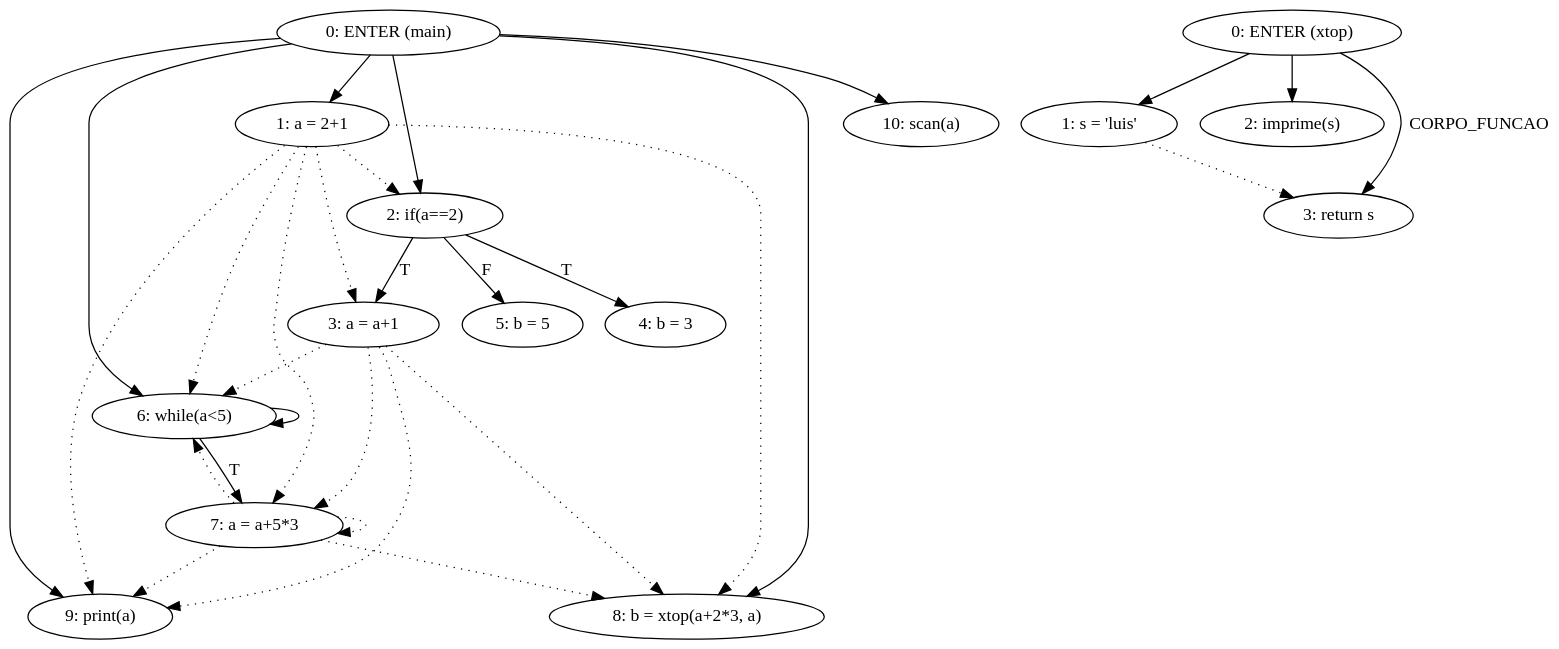
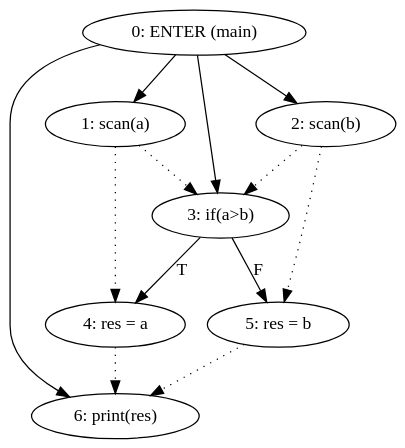
The diagram in Final/Cmb/WebSite/Gramatica/output/pdg.gv (MiguelCosta/ATS), drawn with Graphviz before and after one commit. The commit also changed 18 other files, not shown here.

```diff
--- a/Final/Cmb/WebSite/Gramatica/output/pdg.gv
+++ b/Final/Cmb/WebSite/Gramatica/output/pdg.gv
@@ -1,55 +1,26 @@
 digraph mainmapPDG {
 graph [bgcolor=transparent];
 "0:ENTER (main)"[label="0: ENTER (main)"];
-"1:a = 2+1"[label="1: a = 2+1"];
-"2:if(a==2)"[label="2: if(a==2)"];
-"3:a = a+1"[label="3: a = a+1"];
-"4:b = 3"[label="4: b = 3"];
-"5:b = 5"[label="5: b = 5"];
-"6:while(a<5)"[label="6: while(a<5)"];
-"7:a = a+5*3"[label="7: a = a+5*3"];
-"8:b = xtop(a+2*3, a)"[label="8: b = xtop(a+2*3, a)"];
-"9:print(a)"[label="9: print(a)"];
-"10:scan(a)"[label="10: scan(a)"];
+"1:scan(a)"[label="1: scan(a)"];
+"2:scan(b)"[label="2: scan(b)"];
+"3:if(a>b)"[label="3: if(a>b)"];
+"4:res = a"[label="4: res = a"];
+"5:res = b"[label="5: res = b"];
+"6:print(res)"[label="6: print(res)"];
 
 
-"0:ENTER (main)" -> "1:a = 2+1";
-	"0:ENTER (main)" -> "2:if(a==2)";
-	"0:ENTER (main)" -> "6:while(a<5)";
-	"0:ENTER (main)" -> "8:b = xtop(a+2*3, a)";
-	"0:ENTER (main)" -> "9:print(a)";
-	"0:ENTER (main)" -> "10:scan(a)";
-	"2:if(a==2)" -> "3:a = a+1"[label="T"];
-	"2:if(a==2)" -> "4:b = 3"[label="T"];
-	"2:if(a==2)" -> "5:b = 5"[label="F"];
-	"6:while(a<5)" -> "6:while(a<5)";
-	"6:while(a<5)" -> "7:a = a+5*3"[label="T"];
+"0:ENTER (main)" -> "1:scan(a)";
+	"0:ENTER (main)" -> "2:scan(b)";
+	"0:ENTER (main)" -> "3:if(a>b)";
+	"0:ENTER (main)" -> "6:print(res)";
+	"3:if(a>b)" -> "4:res = a"[label="T"];
+	"3:if(a>b)" -> "5:res = b"[label="F"];
 	
 
-"1:a = 2+1" -> "2:if(a==2)" [style=dotted];
-	"1:a = 2+1" -> "3:a = a+1" [style=dotted];
-	"1:a = 2+1" -> "6:while(a<5)" [style=dotted];
-	"1:a = 2+1" -> "7:a = a+5*3" [style=dotted];
-	"1:a = 2+1" -> "8:b = xtop(a+2*3, a)" [style=dotted];
-	"1:a = 2+1" -> "9:print(a)" [style=dotted];
-	"3:a = a+1" -> "6:while(a<5)" [style=dotted];
-	"3:a = a+1" -> "7:a = a+5*3" [style=dotted];
-	"3:a = a+1" -> "8:b = xtop(a+2*3, a)" [style=dotted];
-	"3:a = a+1" -> "9:print(a)" [style=dotted];
-	"7:a = a+5*3" -> "6:while(a<5)" [style=dotted];
-	"7:a = a+5*3" -> "7:a = a+5*3" [style=dotted];
-	"7:a = a+5*3" -> "8:b = xtop(a+2*3, a)" [style=dotted];
-	"7:a = a+5*3" -> "9:print(a)" [style=dotted];
-	"0:ENTER (xtop)"[label="0: ENTER (xtop)"];
-"1:s = 'luis'"[label="1: s = 'luis'"];
-"2:imprime(s)"[label="2: imprime(s)"];
-"3:return s"[label="3: return s"];
-
-
-"0:ENTER (xtop)" -> "1:s = 'luis'";
-	"0:ENTER (xtop)" -> "2:imprime(s)";
-	"0:ENTER (xtop)" -> "3:return s"[label="CORPO_FUNCAO"];
-	
-
-"1:s = 'luis'" -> "3:return s" [style=dotted];
+"1:scan(a)" -> "3:if(a>b)" [style=dotted];
+	"1:scan(a)" -> "4:res = a" [style=dotted];
+	"2:scan(b)" -> "3:if(a>b)" [style=dotted];
+	"2:scan(b)" -> "5:res = b" [style=dotted];
+	"4:res = a" -> "6:print(res)" [style=dotted];
+	"5:res = b" -> "6:print(res)" [style=dotted];
 	}
```
